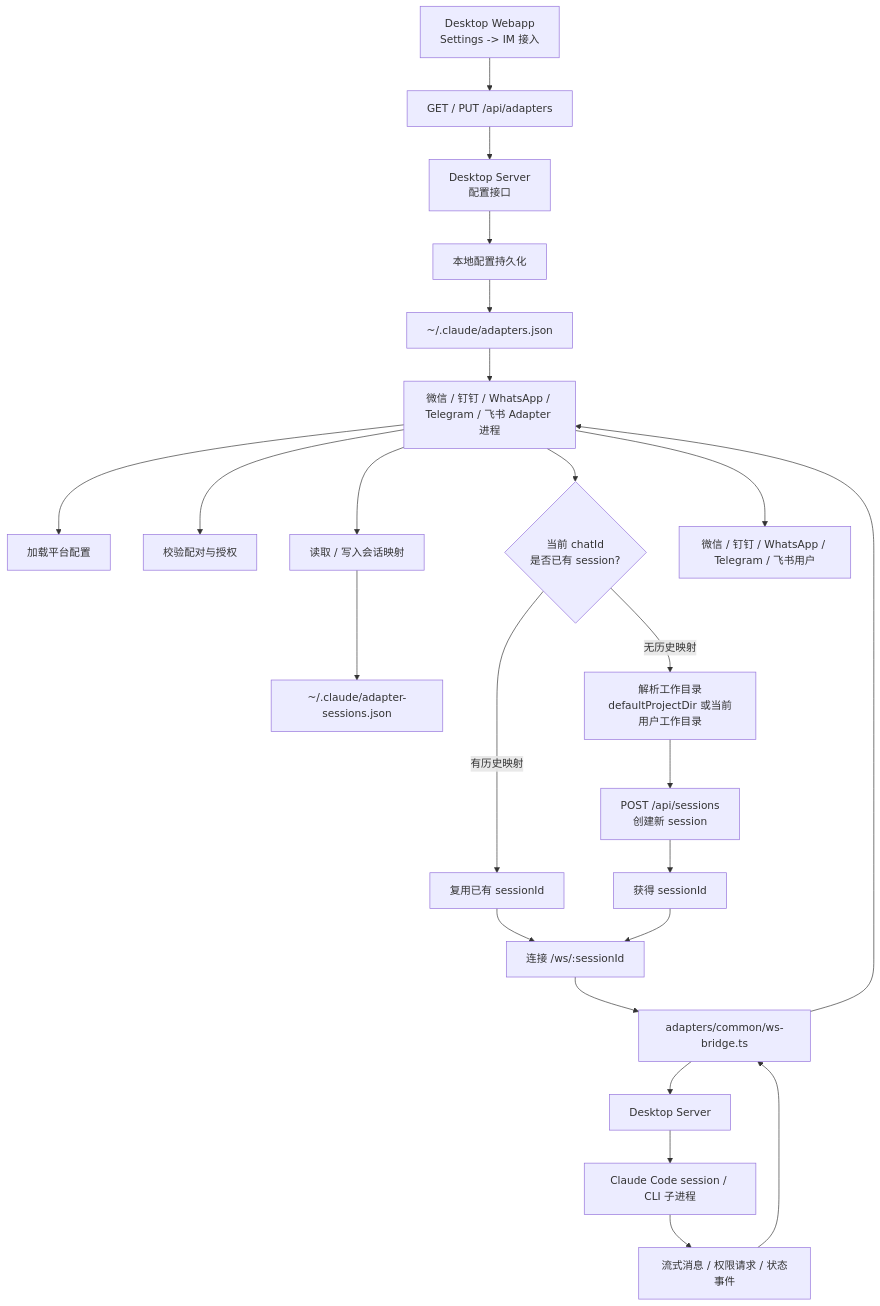
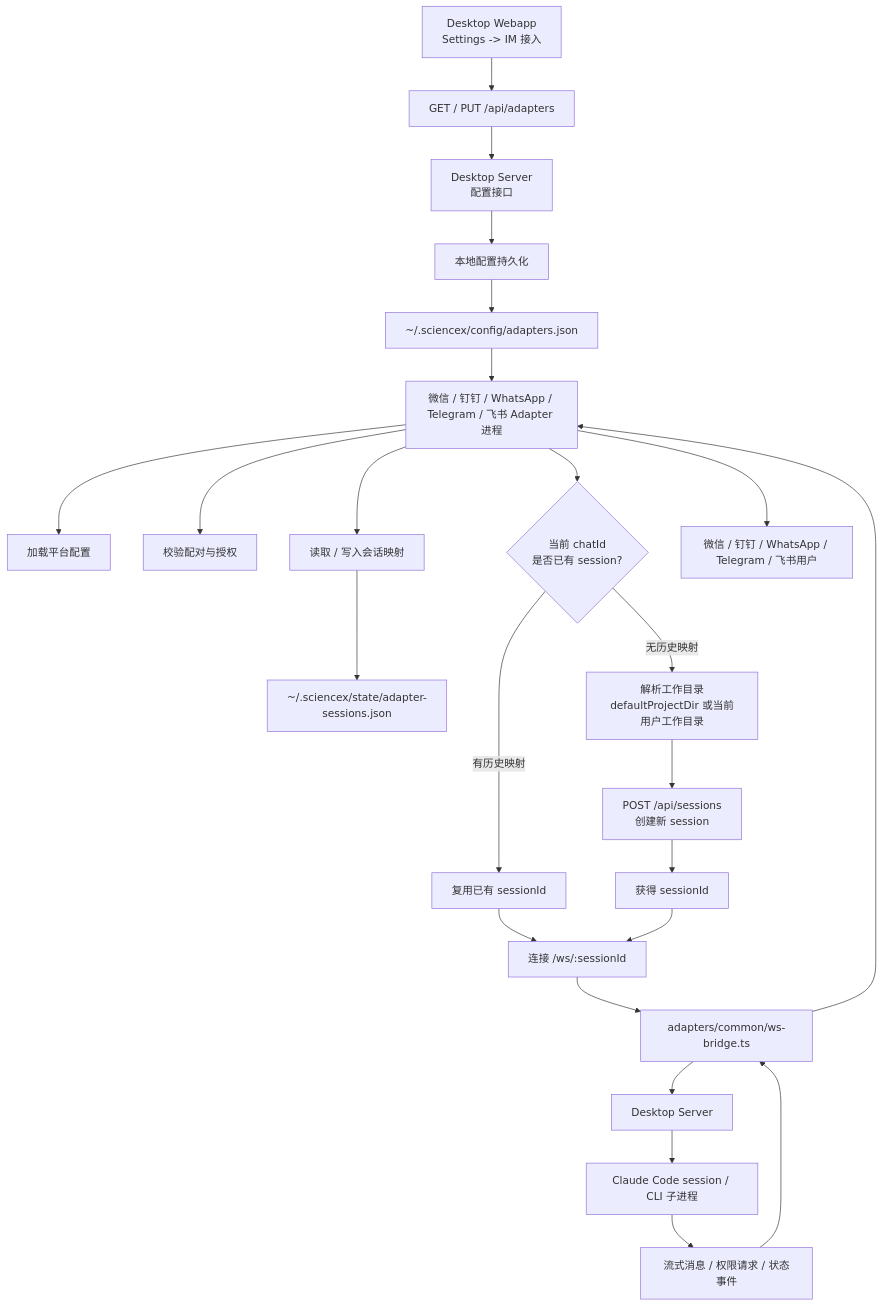
One commit to insight68/ScienceX changed the diagram in docs/im/index.md. Above: the diagram before and after it, drawn with Mermaid. The commit also changed other lines of this file and 109 other files, not shown here.

````diff
--- a/docs/im/index.md
+++ b/docs/im/index.md
@@ -12,31 +12,31 @@
 ```mermaid
 flowchart TD
     A["Desktop Webapp<br/>Settings -> IM 接入"] --> B["GET / PUT /api/adapters"]
     B --> C["Desktop Server<br/>配置接口"]
     C --> D["本地配置持久化"]
-    D --> E["~/.claude/adapters.json"]
+    D --> E["~/.sciencex/config/adapters.json"]
 
     E --> F["微信 / 钉钉 / WhatsApp / Telegram / 飞书 Adapter 进程"]
     F --> G["加载平台配置"]
     F --> H["校验配对与授权"]
     F --> I["读取 / 写入会话映射"]
-    I --> J["~/.claude/adapter-sessions.json"]
+    I --> J["~/.sciencex/state/adapter-sessions.json"]
 
     F --> K{"当前 chatId<br/>是否已有 session?"}
     K -->|有历史映射| L["复用已有 sessionId"]
     K -->|无历史映射| M["解析工作目录<br/>defaultProjectDir 或当前用户工作目录"]
     M --> N["POST /api/sessions<br/>创建新 session"]
 
     N --> Q["获得 sessionId"]
     L --> R["连接 /ws/:sessionId"]
     Q --> R
 
     R --> S["adapters/common/ws-bridge.ts"]
     S --> T["Desktop Server"]
     T --> U["Claude Code session / CLI 子进程"]
 
     U --> V["流式消息 / 权限请求 / 状态事件"]
     V --> S
     S --> F
     F --> W["微信 / 钉钉 / WhatsApp / Telegram / 飞书用户"]
 ```
````
